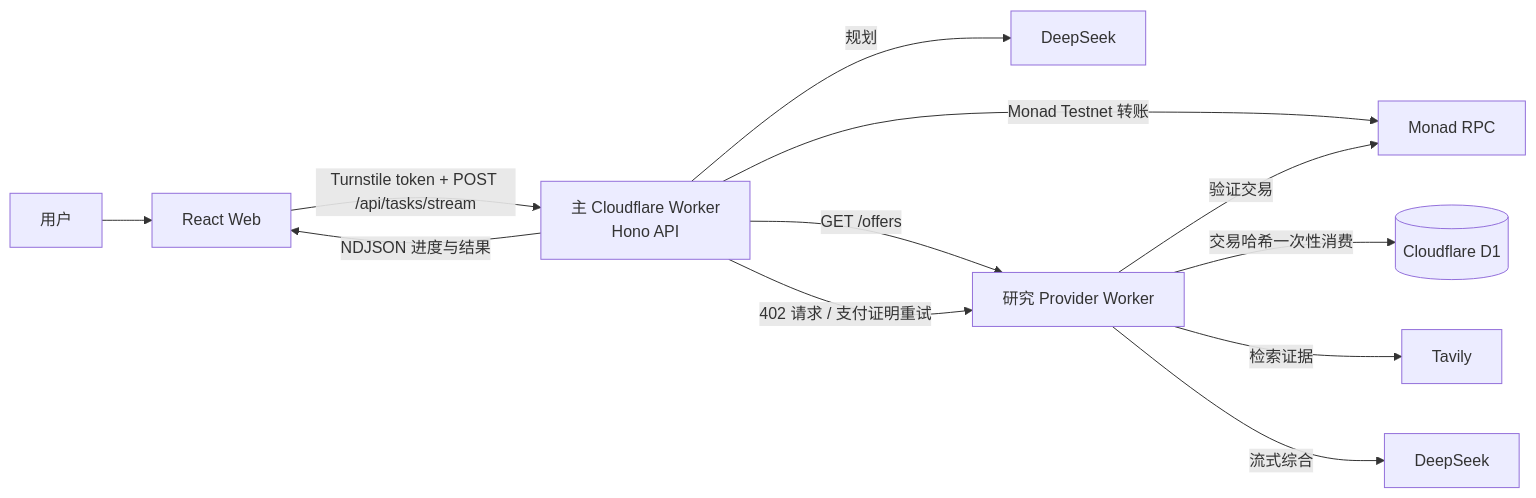
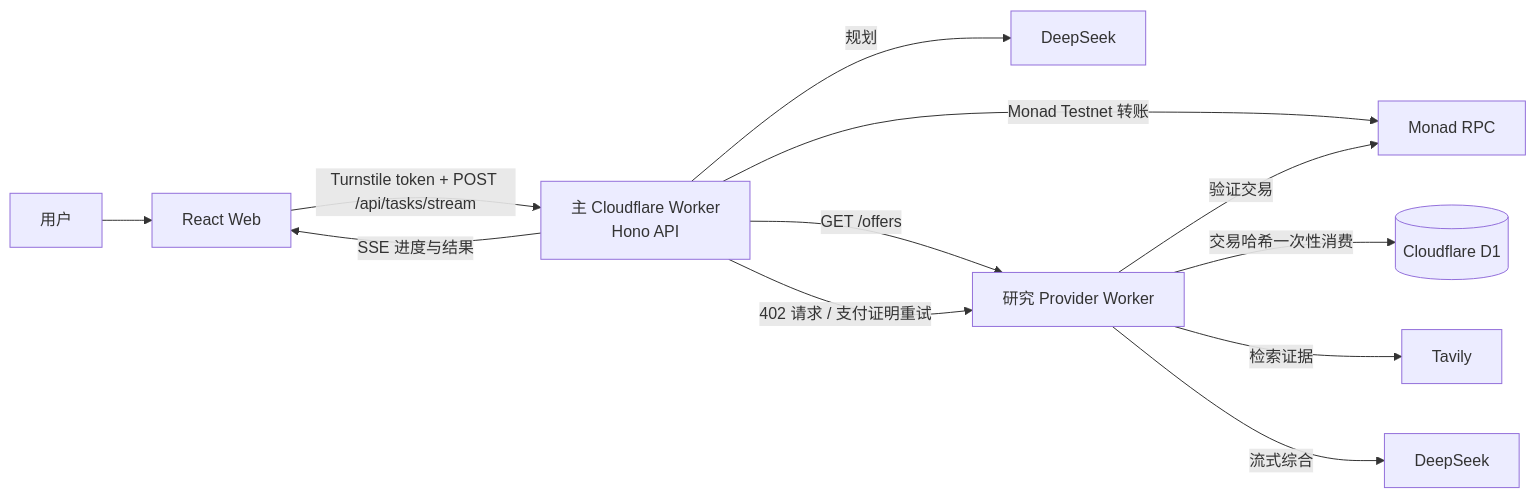
Before and after one commit to Mt-Youya/MCPay: the first of 2 diagrams in docs/SYSTEM-ARCHITECTURE.md, drawn with Mermaid. The commit also changed other lines of this file and 14 other files, not shown here.

````diff
--- a/docs/SYSTEM-ARCHITECTURE.md
+++ b/docs/SYSTEM-ARCHITECTURE.md
@@ -5,14 +5,14 @@
 ```mermaid
 flowchart LR
   U[用户] --> W[React Web]
   W -->|Turnstile token + POST /api/tasks/stream| A[主 Cloudflare Worker<br/>Hono API]
   A -->|规划| L1[DeepSeek]
   A -->|GET /offers| P[研究 Provider Worker]
   A -->|402 请求 / 支付证明重试| P
   A -->|Monad Testnet 转账| M[Monad RPC]
   P -->|验证交易| M
   P -->|交易哈希一次性消费| D[(Cloudflare D1)]
   P -->|检索证据| T[Tavily]
   P -->|流式综合| L2[DeepSeek]
-  A -->|NDJSON 进度与结果| W
+  A -->|SSE 进度与结果| W
 ```
````
